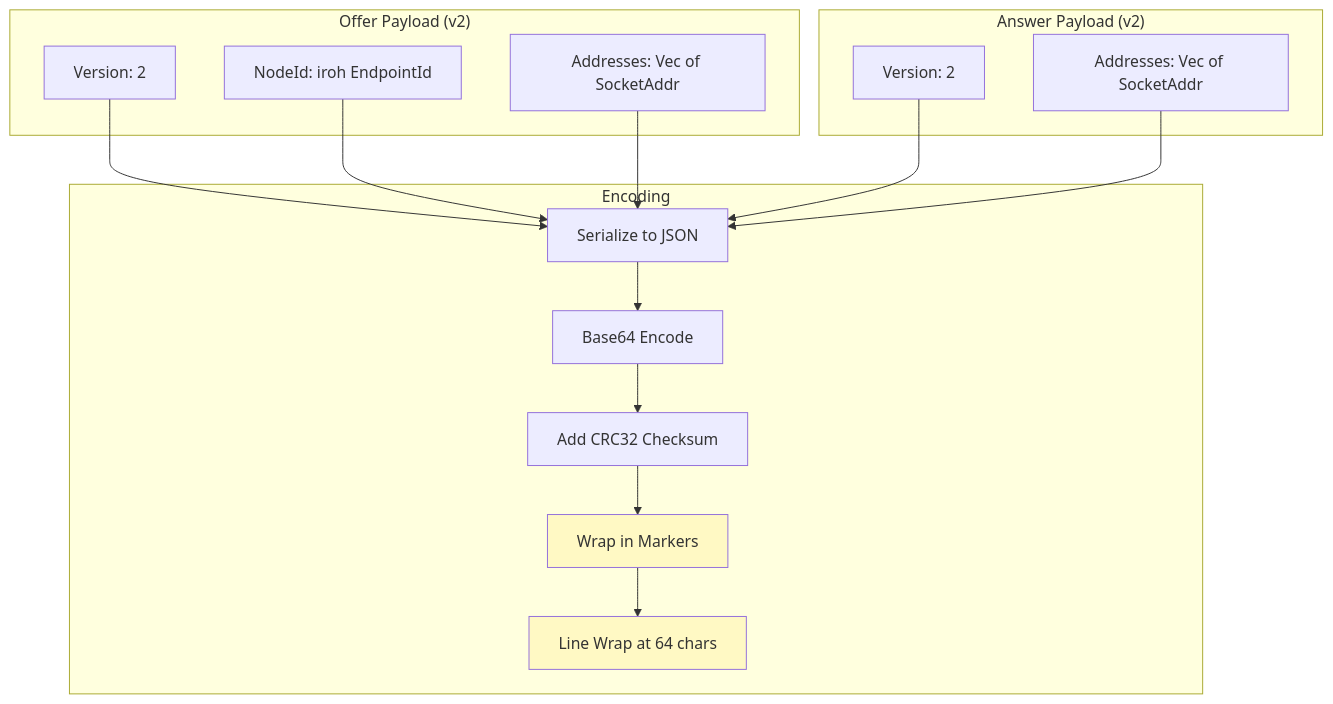
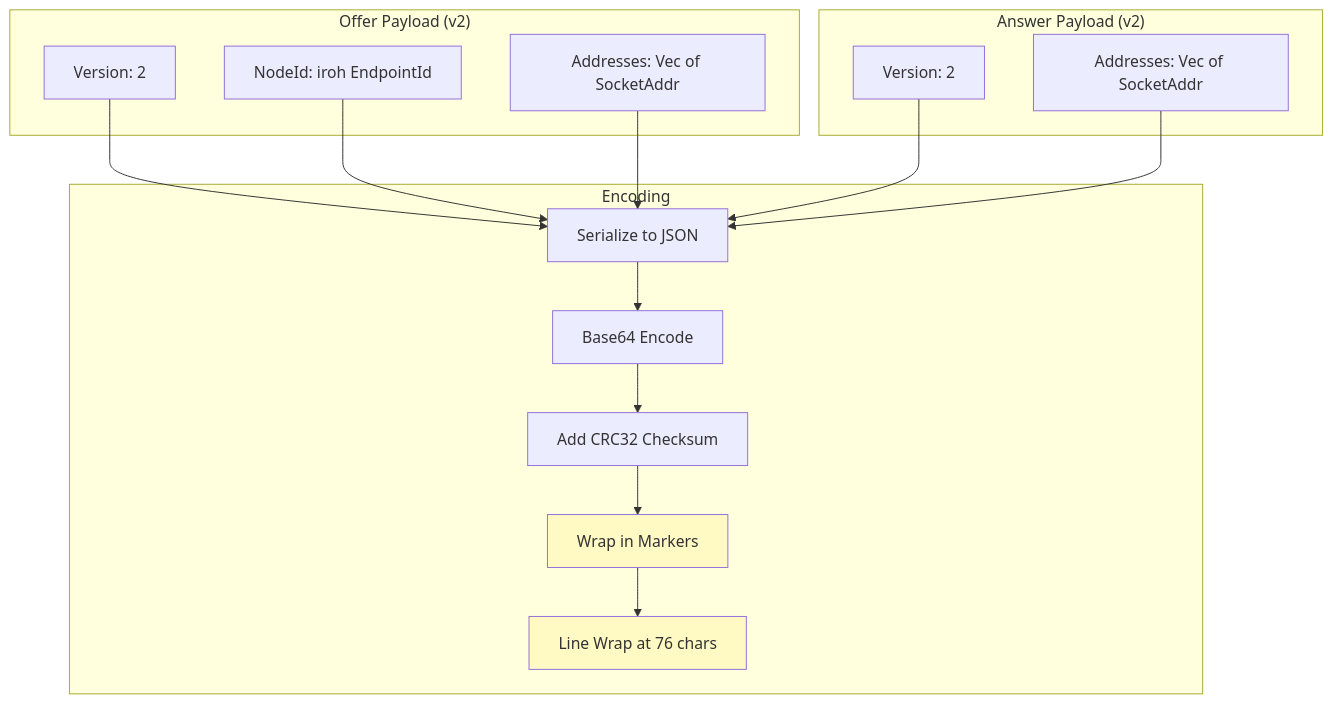
Diagram 12 of 33 in docs/ARCHITECTURE.md (andrewtheguy/vpn-rs), drawn with Mermaid before and after one commit. The commit also changed other lines of this file and 1 other file, not shown here.

````diff
--- a/docs/ARCHITECTURE.md
+++ b/docs/ARCHITECTURE.md
@@ -488,35 +488,35 @@
 ```mermaid
 graph TB
     subgraph "Offer Payload (v2)"
         A[Version: 2]
         B[NodeId: iroh EndpointId]
         C[Addresses: Vec of SocketAddr]
     end
     
     subgraph "Answer Payload (v2)"
         D[Version: 2]
         E[Addresses: Vec of SocketAddr]
     end
     
     subgraph "Encoding"
         F[Serialize to JSON]
         G[Base64 Encode]
         H[Add CRC32 Checksum]
         I[Wrap in Markers]
-        J[Line Wrap at 64 chars]
+        J[Line Wrap at 76 chars]
     end
     
     A --> F
     B --> F
     C --> F
     F --> G
     G --> H
     H --> I
     I --> J
     
     D --> F
     E --> F
     
     style I fill:#FFF9C4
     style J fill:#FFF9C4
 ```
````
